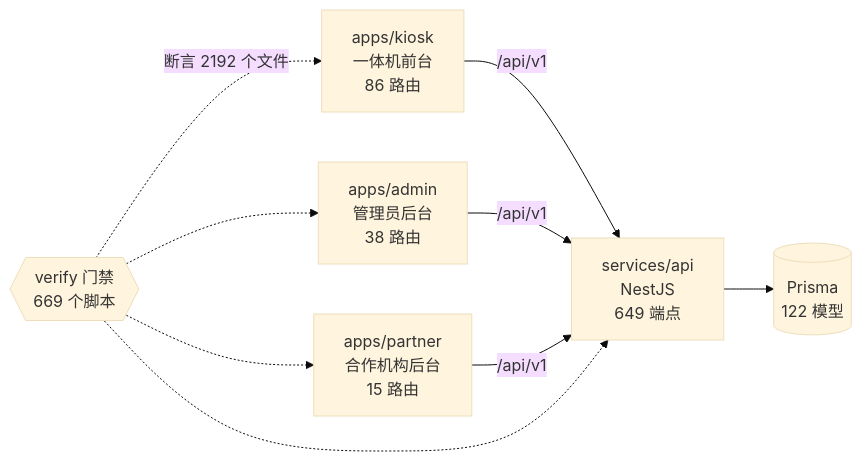
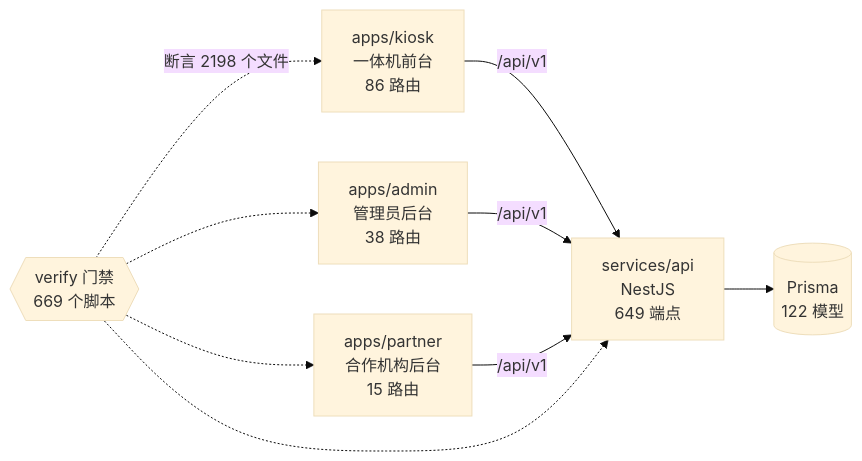
Before and after one commit to wanglei581/YITIJI: the diagram in docs/graph/README.md, drawn with Mermaid (base theme). The commit also changed other lines of this file and 49 other files, not shown here.

````diff
--- a/docs/graph/README.md
+++ b/docs/graph/README.md
@@ -68,18 +68,18 @@
 ```mermaid
 flowchart LR
   kiosk["apps/kiosk<br/>一体机前台<br/>86 路由"]
   admin["apps/admin<br/>管理员后台<br/>38 路由"]
   partner["apps/partner<br/>合作机构后台<br/>15 路由"]
   api["services/api<br/>NestJS<br/>649 端点"]
   db[("Prisma<br/>122 模型")]
   gates{{"verify 门禁<br/>669 个脚本"}}
 
   kiosk -->|"/api/v1"| api
   admin -->|"/api/v1"| api
   partner -->|"/api/v1"| api
   api --> db
-  gates -.->|"断言 2192 个文件"| kiosk
+  gates -.->|"断言 2198 个文件"| kiosk
   gates -.-> admin
   gates -.-> partner
   gates -.-> api
 ```
````
